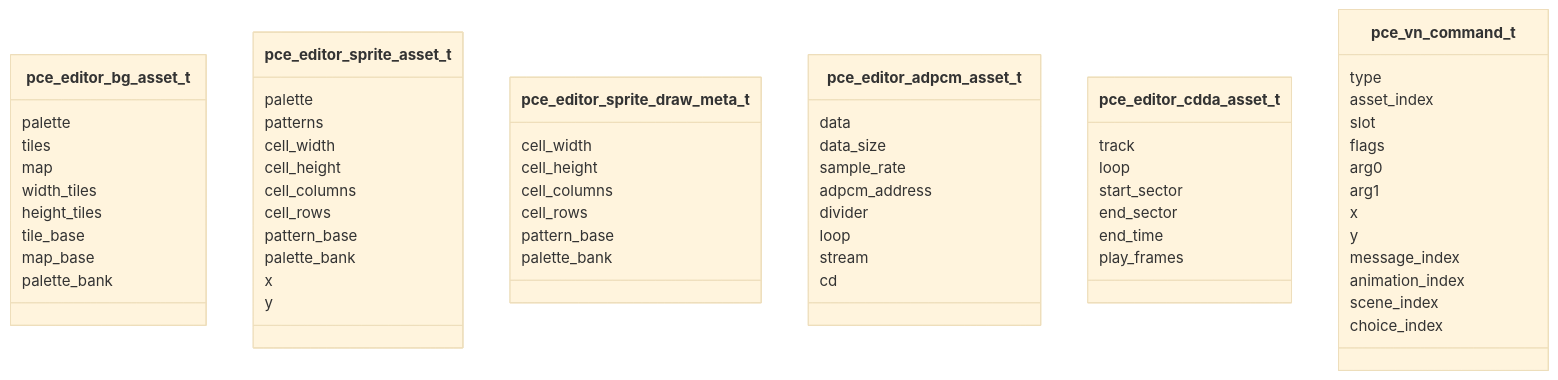
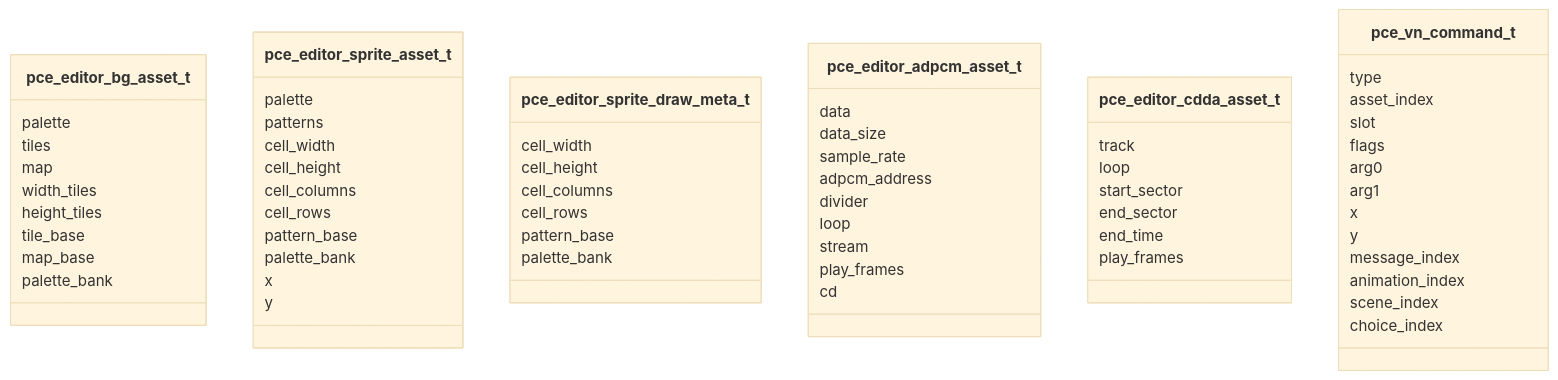
One commit to HOSSIE-JP/pce-game-editor changed the second of 6 diagrams in docs/pce-media-programming-guide.md. Above: the diagram before and after it, drawn with Mermaid (base theme). The commit also changed other lines of this file and 12 other files, not shown here.

````diff
--- a/docs/pce-media-programming-guide.md
+++ b/docs/pce-media-programming-guide.md
@@ -583,65 +583,66 @@
 ```mermaid
 classDiagram
   class pce_editor_bg_asset_t {
     palette
     tiles
     map
     width_tiles
     height_tiles
     tile_base
     map_base
     palette_bank
   }
   class pce_editor_sprite_asset_t {
     palette
     patterns
     cell_width
     cell_height
     cell_columns
     cell_rows
     pattern_base
     palette_bank
     x
     y
   }
   class pce_editor_sprite_draw_meta_t {
     cell_width
     cell_height
     cell_columns
     cell_rows
     pattern_base
     palette_bank
   }
   class pce_editor_adpcm_asset_t {
     data
     data_size
     sample_rate
     adpcm_address
     divider
     loop
     stream
+    play_frames
     cd
   }
   class pce_editor_cdda_asset_t {
     track
     loop
     start_sector
     end_sector
     end_time
     play_frames
   }
   class pce_vn_command_t {
     type
     asset_index
     slot
     flags
     arg0
     arg1
     x
     y
     message_index
     animation_index
     scene_index
     choice_index
   }
 ```
````
